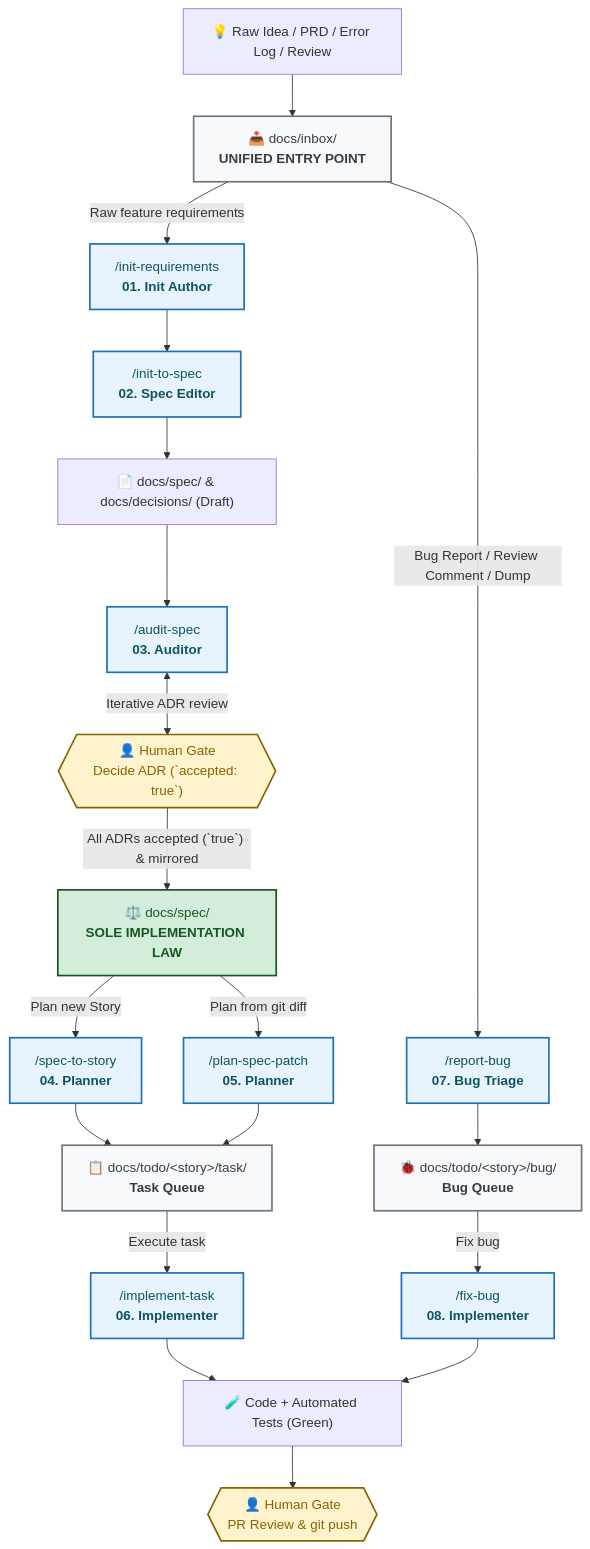
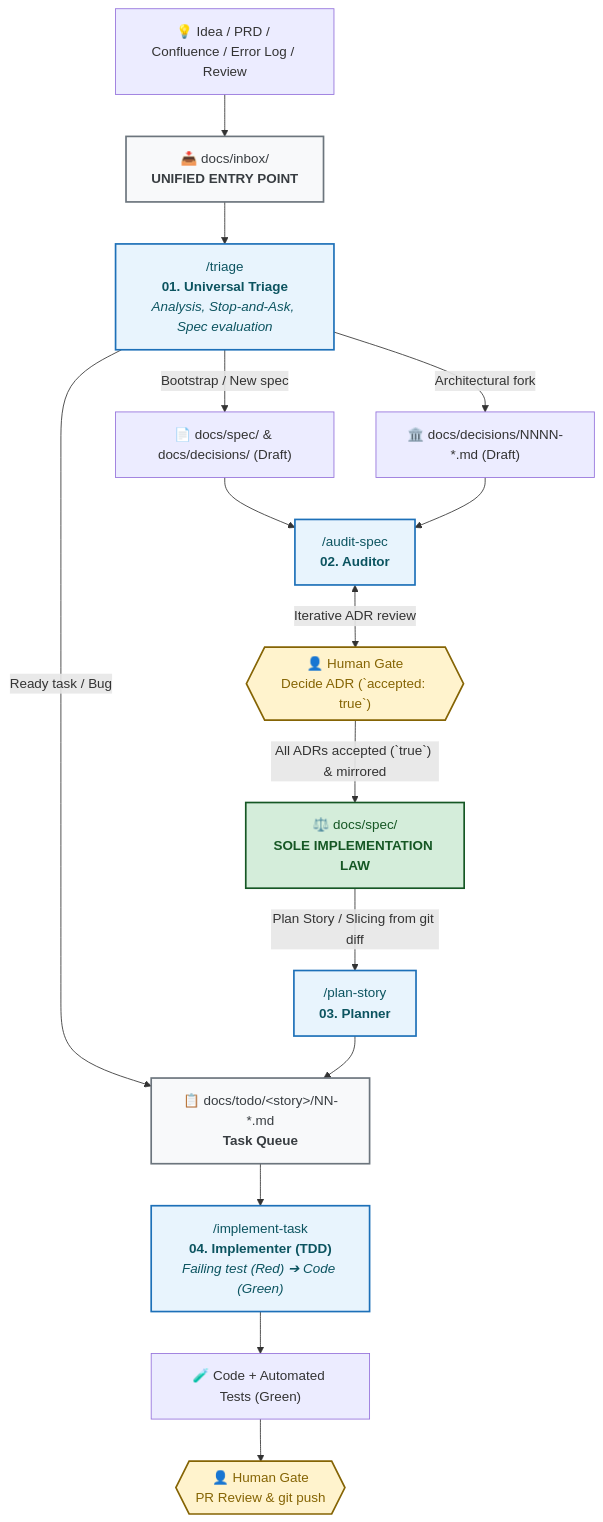
The diagram in README.md (gste/deltafuse), drawn with Mermaid before and after one commit. The commit also changed other lines of this file and 28 other files, not shown here.

Commit message:
refactor: streamline lifecycle into 4 orthogonal skills (/triage, /audit-spec, /plan-story, /implement-task)

````diff
--- a/README.md
+++ b/README.md
@@ -15,35 +15,30 @@
 ```mermaid
 flowchart TD
     classDef human fill:#fff3cd,stroke:#856404,stroke-width:2px,color:#856404;
     classDef skill fill:#e8f4fd,stroke:#1d70b8,stroke-width:2px,color:#0c5460;
     classDef law fill:#d4edda,stroke:#155724,stroke-width:2px,color:#155724;
     classDef inbox fill:#f8f9fa,stroke:#6c757d,stroke-width:2px,color:#383d41;
 
-    Raw["💡 Raw Idea / PRD / Error Log / Review"] --> Inbox["📥 docs/inbox/<br><b>UNIFIED ENTRY POINT</b>"]:::inbox
+    Raw["💡 Idea / PRD / Confluence / Error Log / Review"] --> Inbox["📥 docs/inbox/<br><b>UNIFIED ENTRY POINT</b>"]:::inbox
 
-    Inbox -->|"Raw feature requirements"| S1["/init-requirements<br><b>01. Init Author</b>"]:::skill
-    S1 --> S2["/init-to-spec<br><b>02. Spec Editor</b>"]:::skill
-    S2 --> SpecDraft["📄 docs/spec/ & docs/decisions/ (Draft)"]
+    Inbox --> S1["/triage<br><b>01. Universal Triage</b><br><i>Analysis, Stop-and-Ask, Spec evaluation</i>"]:::skill
 
-    SpecDraft --> S3["/audit-spec<br><b>03. Auditor</b>"]:::skill
-    S3 <-->|"Iterative ADR review"| Gate1{{"👤 Human Gate<br>Decide ADR (`accepted: true`)"}}:::human
+    S1 -->|"Bootstrap / New spec"| SpecDraft["📄 docs/spec/ & docs/decisions/ (Draft)"]
+    S1 -->|"Architectural fork"| ADRDraft["🏛️ docs/decisions/NNNN-*.md (Draft)"]
+    S1 -->|"Ready task / Bug"| TaskInbox["📋 docs/todo/&lt;story&gt;/NN-*.md<br><b>Task Queue</b>"]:::inbox
+
+    SpecDraft --> S2["/audit-spec<br><b>02. Auditor</b>"]:::skill
+    ADRDraft --> S2
+
+    S2 <-->|"Iterative ADR review"| Gate1{{"👤 Human Gate<br>Decide ADR (`accepted: true`)"}}:::human
 
     Gate1 -->|"All ADRs accepted (`true`) & mirrored"| SpecLaw["⚖️ docs/spec/<br><b>SOLE IMPLEMENTATION LAW</b>"]:::law
 
-    SpecLaw -->|"Plan new Story"| S4["/spec-to-story<br><b>04. Planner</b>"]:::skill
-    SpecLaw -->|"Plan from git diff"| S5["/plan-spec-patch<br><b>05. Planner</b>"]:::skill
+    SpecLaw -->|"Plan Story / Slicing from git diff"| S3["/plan-story<br><b>03. Planner</b>"]:::skill
+    S3 --> TaskInbox
 
-    Inbox -->|"Bug Report / Review Comment / Dump"| S7["/report-bug<br><b>07. Bug Triage</b>"]:::skill
+    TaskInbox --> S4["/implement-task<br><b>04. Implementer (TDD)</b><br><i>Failing test (Red) ➔ Code (Green)</i>"]:::skill
 
-    S4 --> TaskInbox["📋 docs/todo/&lt;story&gt;/task/<br><b>Task Queue</b>"]:::inbox
-    S5 --> TaskInbox
-    S7 --> BugInbox["🐞 docs/todo/&lt;story&gt;/bug/<br><b>Bug Queue</b>"]:::inbox
-
-    TaskInbox -->|"Execute task"| S6["/implement-task<br><b>06. Implementer</b>"]:::skill
-    BugInbox -->|"Fix bug"| S8["/fix-bug<br><b>08. Implementer</b>"]:::skill
-
-    S6 --> Code["🧪 Code + Automated Tests (Green)"]
-    S8 --> Code
-
+    S4 --> Code["🧪 Code + Automated Tests (Green)"]
     Code --> Gate2{{"👤 Human Gate<br>PR Review & git push"}}:::human
 ```
````
